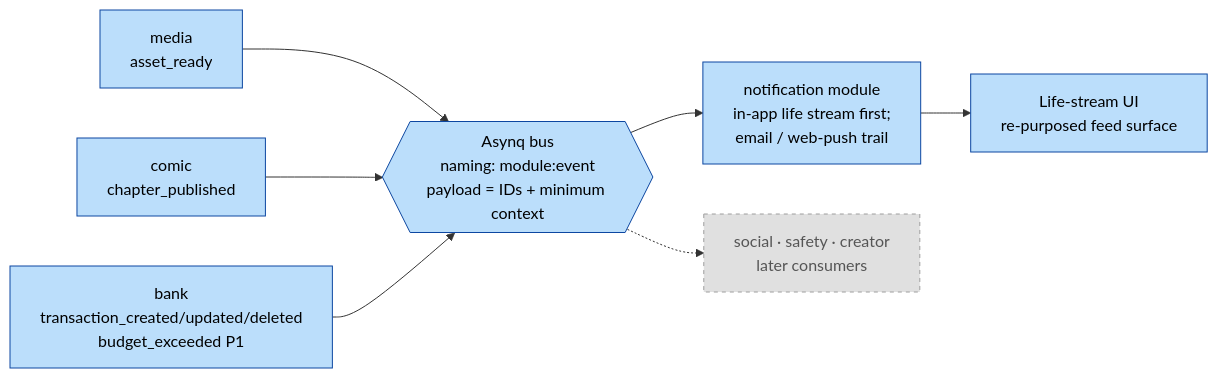
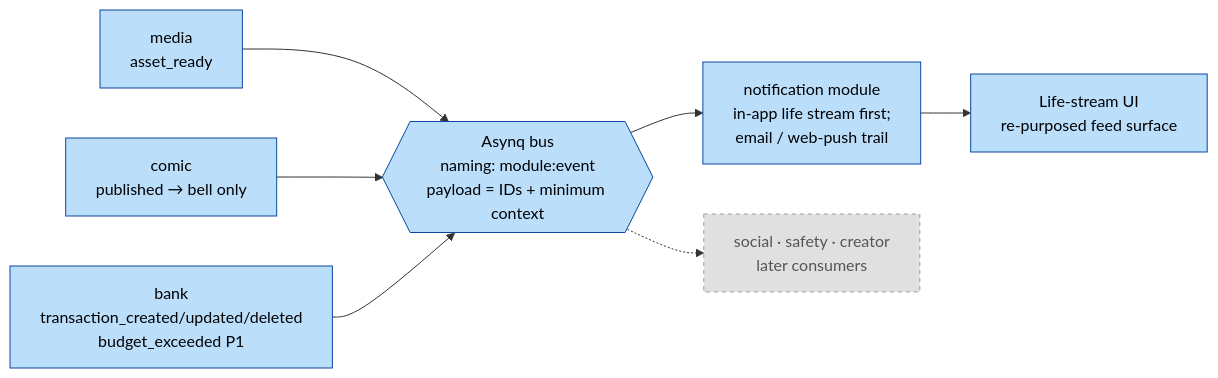
Before and after one commit to jackone2991/portal: the seventh of 8 diagrams in docs/architecture/diagrams.md, drawn with Mermaid. The commit also changed 30 other files, not shown here.

````diff
--- a/docs/architecture/diagrams.md
+++ b/docs/architecture/diagrams.md
@@ -378,22 +378,22 @@
 ```mermaid
 graph LR
     classDef shipped fill:#c8e6c9,stroke:#2e7d32,color:#000
     classDef next fill:#bbdefb,stroke:#0d47a1,color:#000
     classDef deferred fill:#e0e0e0,stroke:#9e9e9e,color:#555,stroke-dasharray:4
 
     media[media<br/>asset_ready]:::next
-    comic[comic<br/>chapter_published]:::next
+    comic[comic<br/>published → bell only]:::next
     bank[bank<br/>transaction_created/updated/deleted<br/>budget_exceeded P1]:::next
 
     BUS{{Asynq bus<br/>naming: module:event<br/>payload = IDs + minimum context}}:::next
 
     notif[notification module<br/>in-app life stream first;<br/>email / web-push trail]:::next
     stream[Life-stream UI<br/>re-purposed feed surface]:::next
     social[social · safety · creator<br/>later consumers]:::deferred
 
     media --> BUS
     comic --> BUS
     bank --> BUS
     BUS --> notif --> stream
     BUS -.-> social
 ```
````
